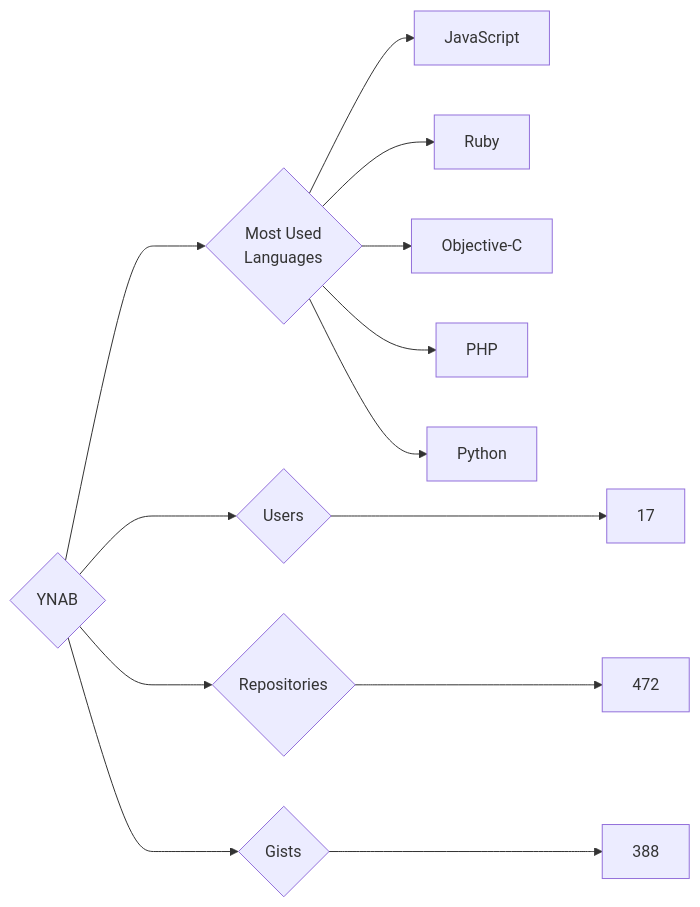
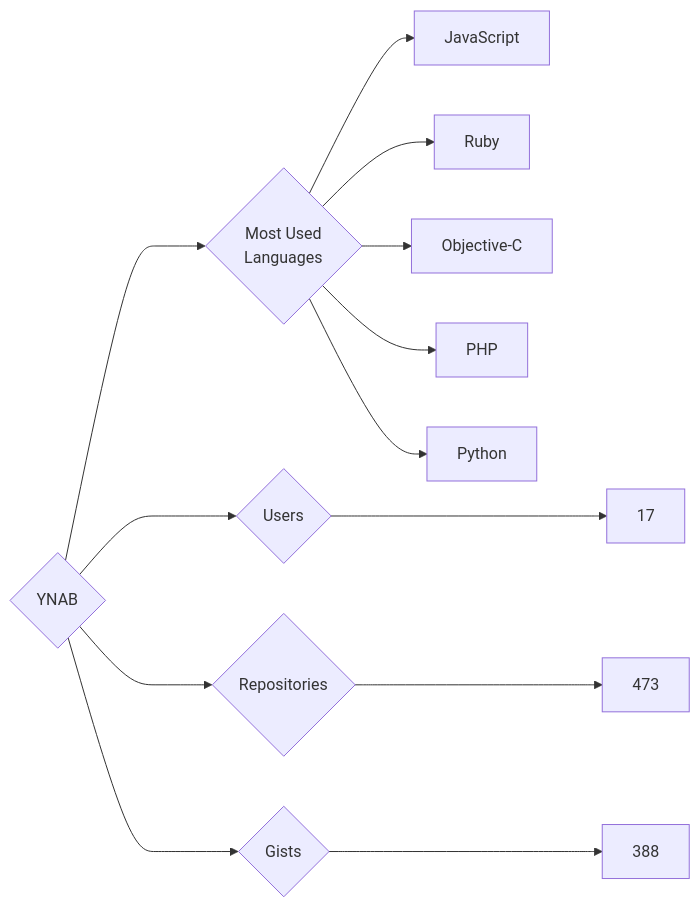
One commit to trickest/insiders changed the diagram in targets/YNAB/README.md. Above: the diagram before and after it, drawn with Mermaid. The commit also changed 953 other files, not shown here.

````diff
--- a/targets/YNAB/README.md
+++ b/targets/YNAB/README.md
@@ -3,13 +3,13 @@
 ```mermaid
 graph LR
 COMPANY_NAME{YNAB}
 COMPANY_NAME ---> U{Users} ---> UN[17]
-COMPANY_NAME ---> R{Repositories} ---> RN[472]
+COMPANY_NAME ---> R{Repositories} ---> RN[473]
 COMPANY_NAME ---> G{Gists} ---> GN[388]
 COMPANY_NAME ---> ML{Most Used<br>Languages}
 ML --> JavaScript[JavaScript]
 ML --> Ruby[Ruby]
 ML --> Objective-C[Objective-C]
 ML --> PHP[PHP]
 ML --> Python[Python]
 ```
````
